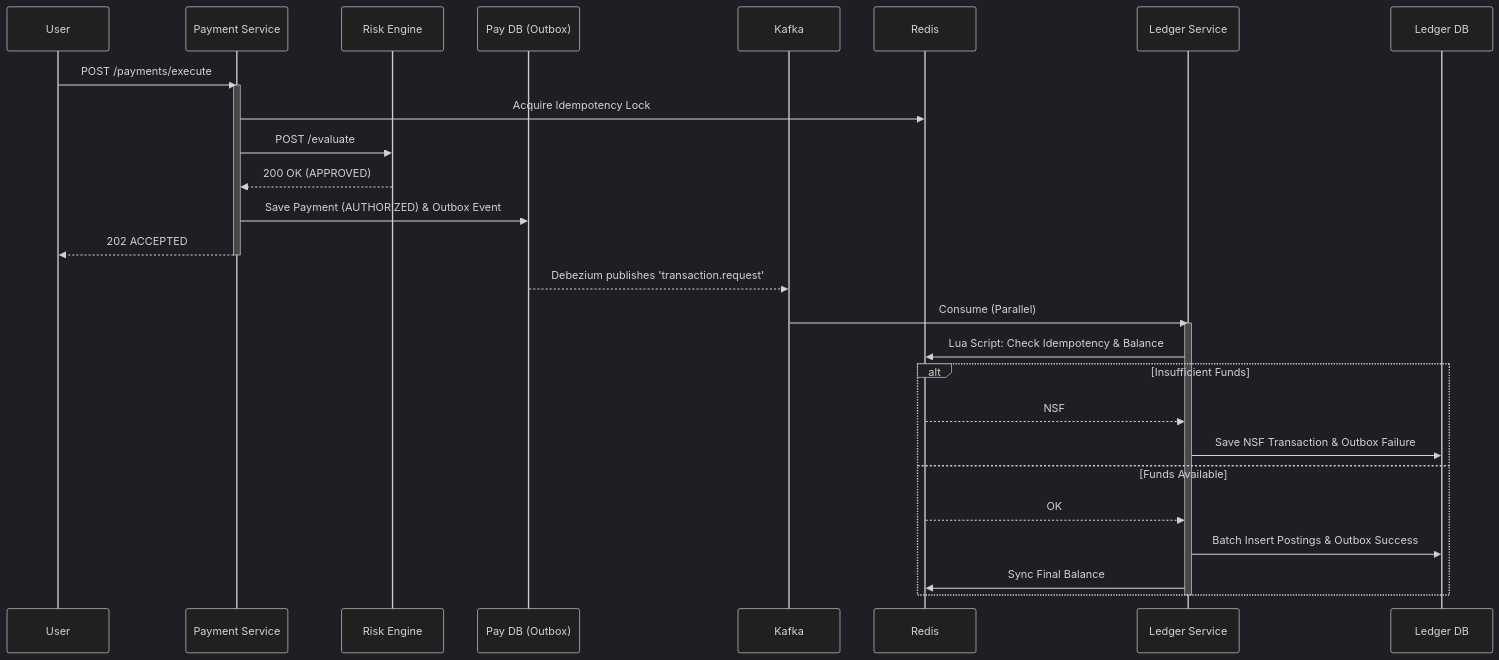
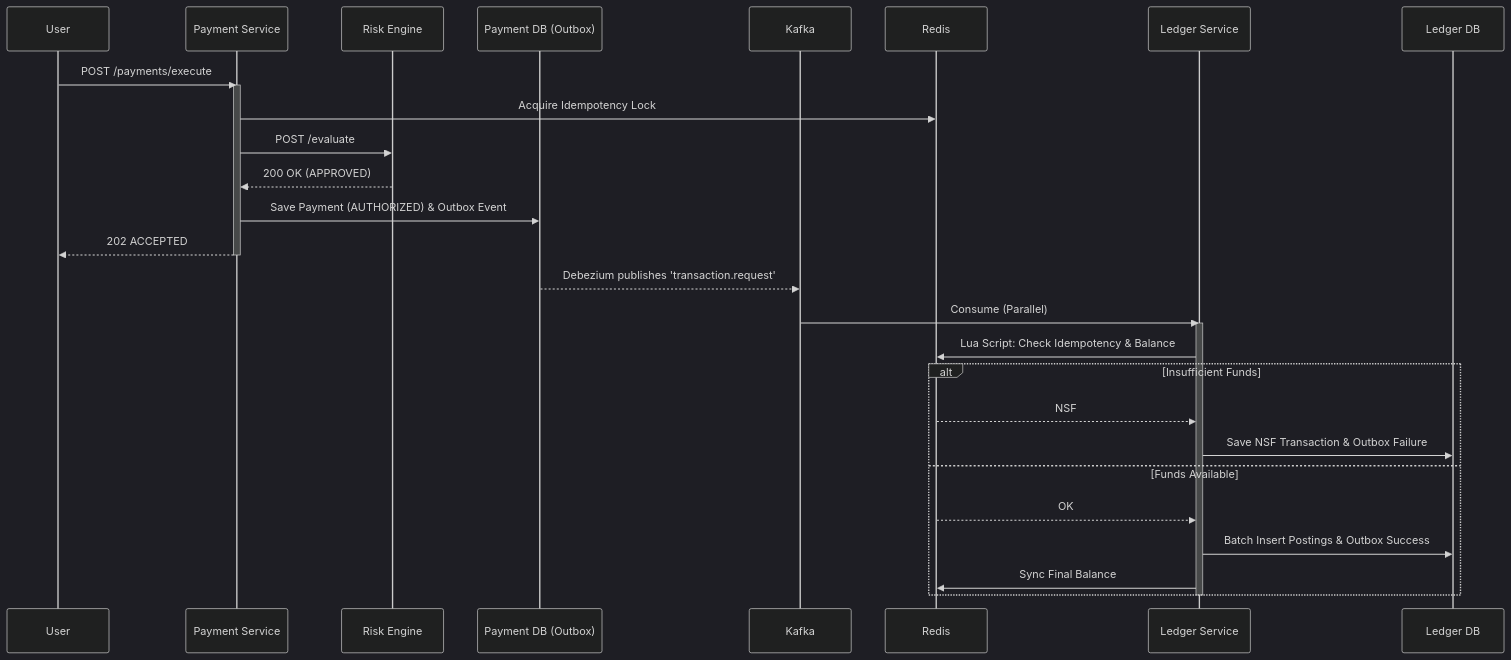
Before and after one commit to rixon15/Distributed-Payment-Ledger-System: the first of 2 diagrams in README.md, drawn with Mermaid (dark theme). The commit also changed other lines of this file, not shown here.

````diff
--- a/README.md
+++ b/README.md
@@ -80,33 +80,33 @@
 ```mermaid
 sequenceDiagram
     participant User
     participant Pay as Payment Service
     participant Risk as Risk Engine
-    participant DB_P as Pay DB (Outbox)
+    participant DB_P as Payment DB (Outbox)
     participant Kafka
     participant Redis
     participant Ledger as Ledger Service
     participant DB_L as Ledger DB
     User ->> Pay: POST /payments/execute
     activate Pay
     Pay ->> Redis: Acquire Idempotency Lock
     Pay ->> Risk: POST /evaluate
     Risk -->> Pay: 200 OK (APPROVED)
     Pay ->> DB_P: Save Payment (AUTHORIZED) & Outbox Event
     Pay -->> User: 202 ACCEPTED
     deactivate Pay
     DB_P -->> Kafka: Debezium publishes 'transaction.request'
     Kafka ->> Ledger: Consume (Parallel)
     activate Ledger
     Ledger ->> Redis: Lua Script: Check Idempotency & Balance
 
     alt Insufficient Funds
         Redis -->> Ledger: NSF
         Ledger ->> DB_L: Save NSF Transaction & Outbox Failure
     else Funds Available
         Redis -->> Ledger: OK
         Ledger ->> DB_L: Batch Insert Postings & Outbox Success
         Ledger ->> Redis: Sync Final Balance
     end
     deactivate Ledger
 ```
````
